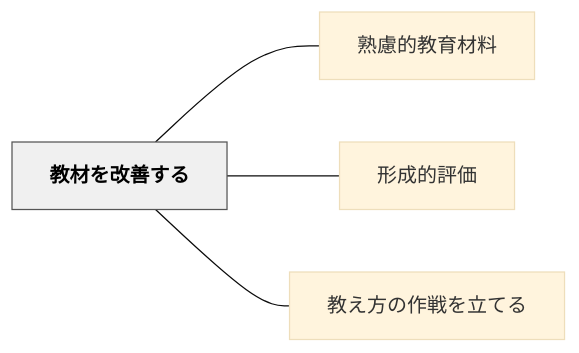
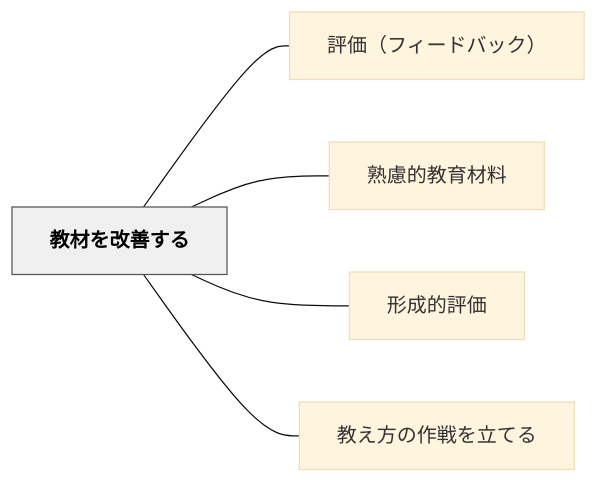
One commit to unknownthings-ed-patterns/unknownthings-ed-patterns changed the diagram in content/パタン/教材を改善する.md. Above: the diagram before and after it, drawn with Mermaid (base theme). The commit also changed other lines of this file and 473 other files, not shown here.

````diff
--- a/content/パタン/教材を改善する.md
+++ b/content/パタン/教材を改善する.md
@@ -44,14 +45,16 @@
 ```mermaid
 flowchart LR
     ne69599e69d90["教材を改善する"]
+    ne8a995e4bea1["評価（フィードバック）"]
     ne7869fe685ae["熟慮的教育材料"]
     ne5bda2e68890["形成的評価"]
     ne69599e38188["教え方の作戦を立てる"]
 
+    ne69599e69d90 --- ne8a995e4bea1
     ne69599e69d90 --- ne7869fe685ae
     ne69599e69d90 --- ne5bda2e68890
     ne69599e69d90 --- ne69599e38188
 
     classDef hub fill:#f0f0f0,stroke:#555,color:#000,font-weight:bold
     class ne69599e69d90 hub
 ```
````
